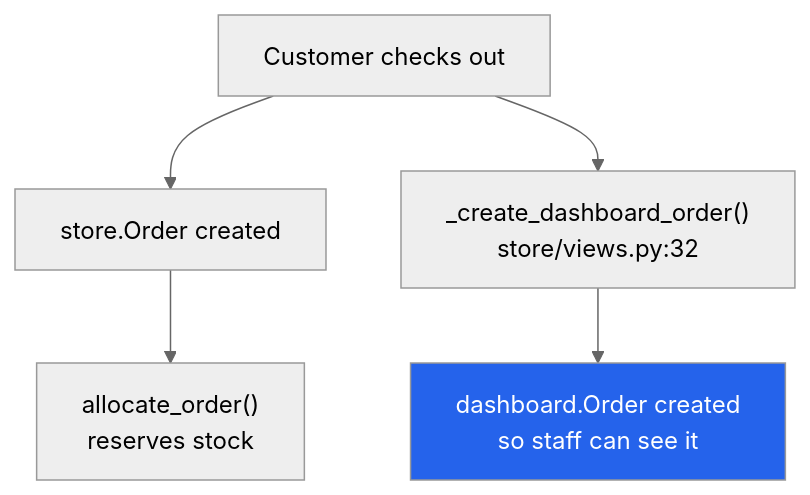
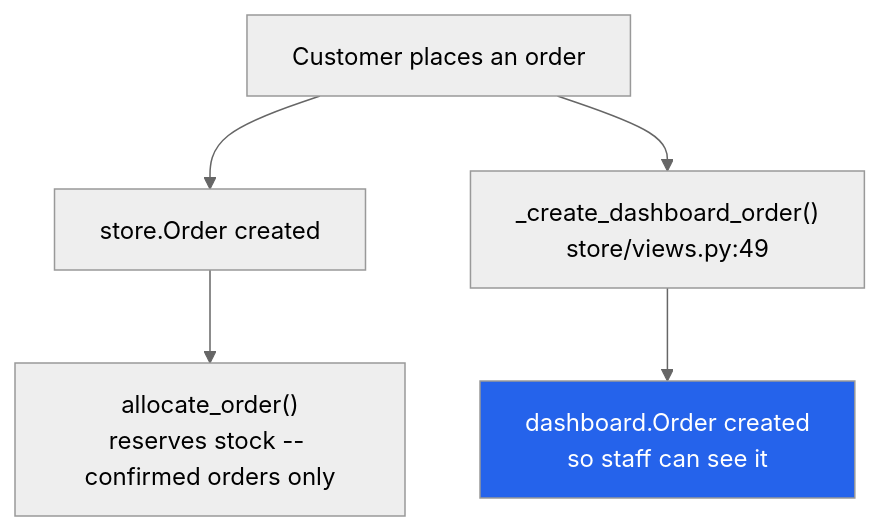
The diagram in myproject/docs/24-storefront.md (milanmagrati/E-commerce-Project), drawn with Mermaid (neutral theme) before and after one commit. The commit also changed other lines of this file and 44 other files, not shown here.

````diff
--- a/myproject/docs/24-storefront.md
+++ b/myproject/docs/24-storefront.md
@@ -11,9 +11,9 @@
 ```mermaid
 flowchart TD
-    A[Customer checks out] --> B["store.Order created"]
-    A --> C["_create_dashboard_order()<br/>store/views.py:32"]
+    A[Customer places an order] --> B["store.Order created"]
+    A --> C["_create_dashboard_order()<br/>store/views.py:49"]
     C --> D["dashboard.Order created<br/>so staff can see it"]
-    B --> E["allocate_order()<br/>reserves stock"]
+    B --> E["allocate_order()<br/>reserves stock -- confirmed orders only"]
 
     style D fill:#2563eb,color:#fff
 ```
````
